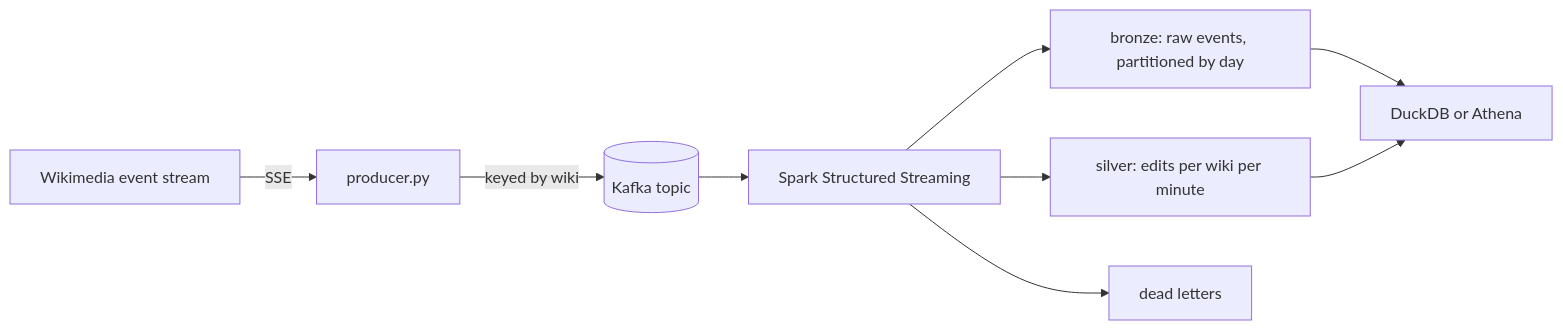
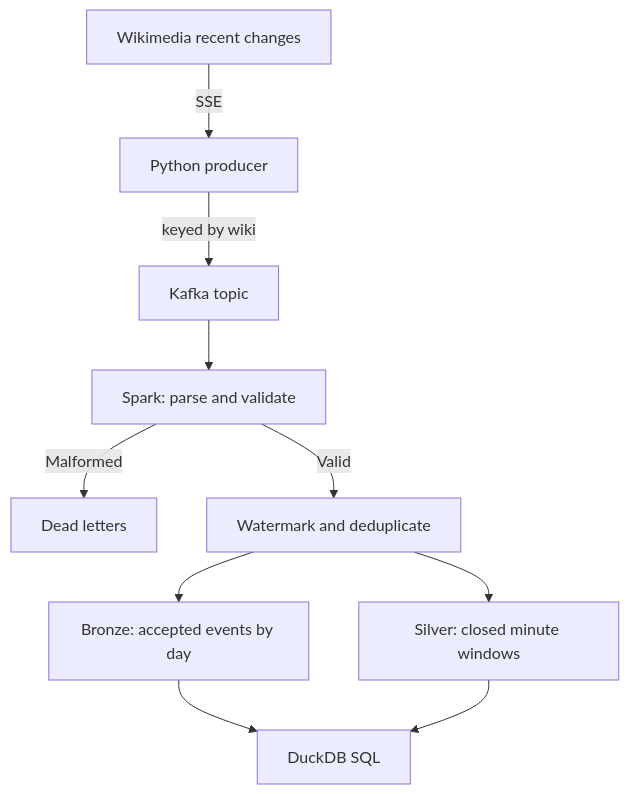
The diagram in README.md (VasilenData/wiki-stream-lakehouse), drawn with Mermaid before and after one commit. The commit also changed other lines of this file, not shown here.

First line of the commit message:
Clarify streaming delivery and recovery guarantees

````diff
--- a/README.md
+++ b/README.md
@@ -18,11 +18,12 @@
 ```mermaid
-flowchart LR
-  A[Wikimedia event stream] -->|SSE| B[producer.py]
-  B -->|keyed by wiki| C[(Kafka topic)]
-  C --> D[Spark Structured Streaming]
-  D --> E[bronze: raw events, partitioned by day]
-  D --> F[silver: edits per wiki per minute]
-  D --> G[dead letters]
-  E --> H[DuckDB or Athena]
-  F --> H
+flowchart TD
+  A["Wikimedia recent changes"] -->|SSE| B["Python producer"]
+  B -->|keyed by wiki| C["Kafka topic"]
+  C --> D["Spark: parse and validate"]
+  D -->|Malformed| E["Dead letters"]
+  D -->|Valid| F["Watermark and deduplicate"]
+  F --> G["Bronze: accepted events by day"]
+  F --> H["Silver: closed minute windows"]
+  G --> I["DuckDB SQL"]
+  H --> I
 ```
````
